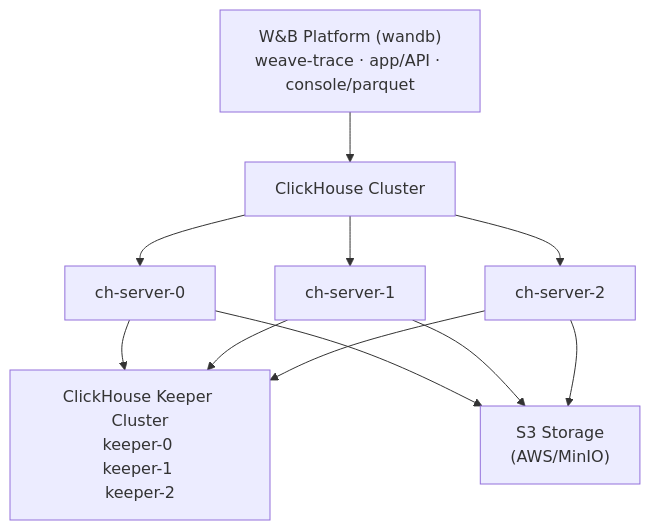
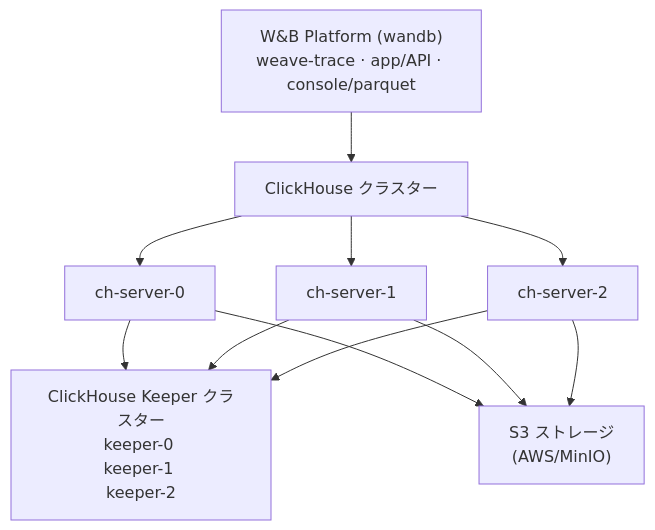
Before and after one commit to wandb/docs: the diagram in ja/weave/guides/platform/weave-self-managed.mdx, drawn with Mermaid. The commit also changed other lines of this file and 2715 other files, not shown here.

````diff
--- a/ja/weave/guides/platform/weave-self-managed.mdx
+++ b/ja/weave/guides/platform/weave-self-managed.mdx
@@ -35,13 +35,13 @@
 ```mermaid
 graph TD
-    A["W&B Platform (wandb)<br/>weave-trace · app/API · console/parquet"] --> B["ClickHouse Cluster"]
+    A["W&B Platform (wandb)<br/>weave-trace · app/API · console/parquet"] --> B["ClickHouse クラスター"]
     B --> C["ch-server-0"]
     B --> D["ch-server-1"]
     B --> E["ch-server-2"]
-    C --> F["ClickHouse Keeper Cluster<br/>keeper-0 <br/>keeper-1 <br/>keeper-2"]
+    C --> F["ClickHouse Keeper クラスター<br/>keeper-0 <br/>keeper-1 <br/>keeper-2"]
     D --> F
     E --> F
-    C --> G["S3 Storage<br/>(AWS/MinIO)"]
+    C --> G["S3 ストレージ<br/>(AWS/MinIO)"]
     D --> G
     E --> G
 ```
````
